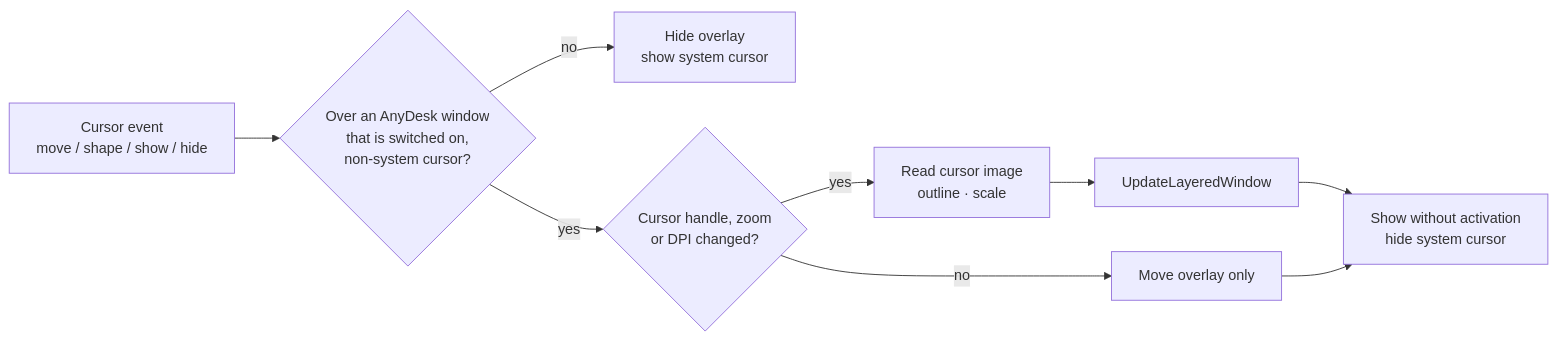
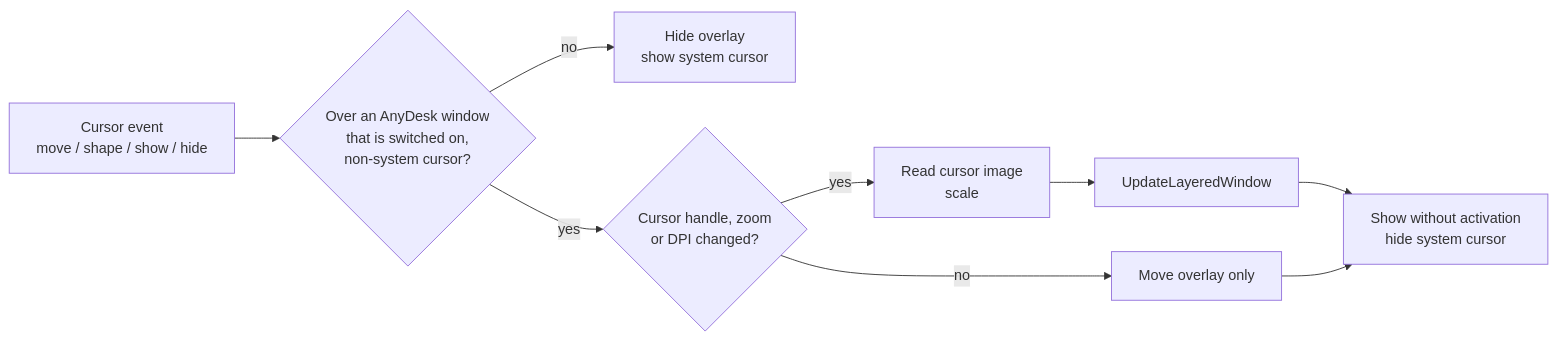
Before and after one commit to motwok/DeGhoster: the first of 2 diagrams in docs/Specification.md, drawn with Mermaid. The commit also changed other lines of this file and 62 other files, not shown here.

````diff
--- a/docs/Specification.md
+++ b/docs/Specification.md
@@ -223,10 +231,10 @@
 ```mermaid
 flowchart LR
     E[Cursor event<br/>move / shape / show / hide] --> C{Over an AnyDesk window<br/>that is switched on,<br/>non-system cursor?}
     C -- no --> H[Hide overlay<br/>show system cursor]
     C -- yes --> R{Cursor handle, zoom<br/>or DPI changed?}
-    R -- yes --> B[Read cursor image<br/>outline · scale] --> U[UpdateLayeredWindow]
+    R -- yes --> B[Read cursor image<br/>scale] --> U[UpdateLayeredWindow]
     R -- no --> M[Move overlay only]
     U --> S[Show without activation<br/>hide system cursor]
     M --> S
 ```
````
